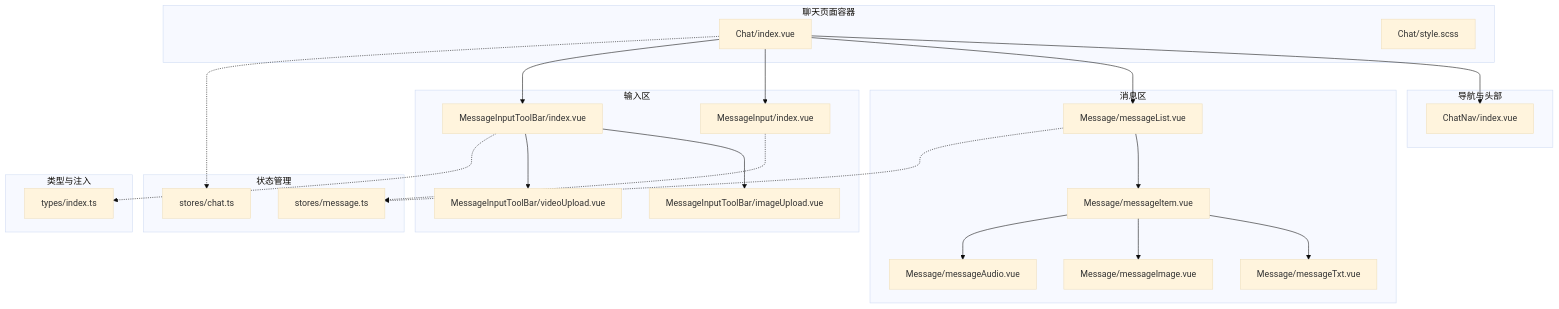
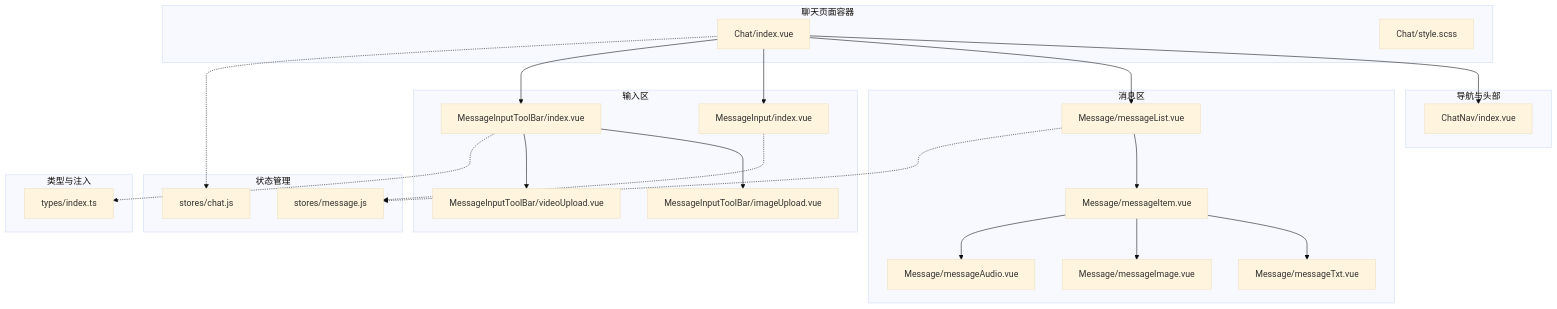
Before and after one commit to Easemob-Community/easemob-uikit-uniapp-community: the first of 3 diagrams in .qoder/repowiki/zh/content/聊天模块/聊天模块.md, drawn with Mermaid (base theme). The commit also changed other lines of this file and 14 other files, not shown here.

````diff
--- a/.qoder/repowiki/zh/content/聊天模块/聊天模块.md
+++ b/.qoder/repowiki/zh/content/聊天模块/聊天模块.md
@@ -51,44 +51,44 @@
 ```mermaid
 graph TB
 subgraph "聊天页面容器"
 ChatPage["Chat/index.vue"]
 Style["Chat/style.scss"]
 end
 subgraph "导航与头部"
 ChatNav["ChatNav/index.vue"]
 end
 subgraph "消息区"
 MsgList["Message/messageList.vue"]
 MsgItem["Message/messageItem.vue"]
 Txt["Message/messageTxt.vue"]
 Img["Message/messageImage.vue"]
 Audio["Message/messageAudio.vue"]
 end
 subgraph "输入区"
 MsgInput["MessageInput/index.vue"]
 ToolBar["MessageInputToolBar/index.vue"]
 ImgUp["MessageInputToolBar/imageUpload.vue"]
 VidUp["MessageInputToolBar/videoUpload.vue"]
 end
 subgraph "状态管理"
-StoreMsg["stores/message.ts"]
-StoreChat["stores/chat.ts"]
+StoreMsg["stores/message.js"]
+StoreChat["stores/chat.js"]
 end
 subgraph "类型与注入"
 Types["types/index.ts"]
 end
 ChatPage --> ChatNav
 ChatPage --> MsgList
 ChatPage --> MsgInput
 ChatPage --> ToolBar
 MsgList --> MsgItem
 MsgItem --> Txt
 MsgItem --> Img
 MsgItem --> Audio
 ToolBar --> ImgUp
 ToolBar --> VidUp
 MsgInput -.-> StoreMsg
 MsgList -.-> StoreMsg
 ChatPage -.-> StoreChat
 ToolBar -.-> Types
 ```
````
